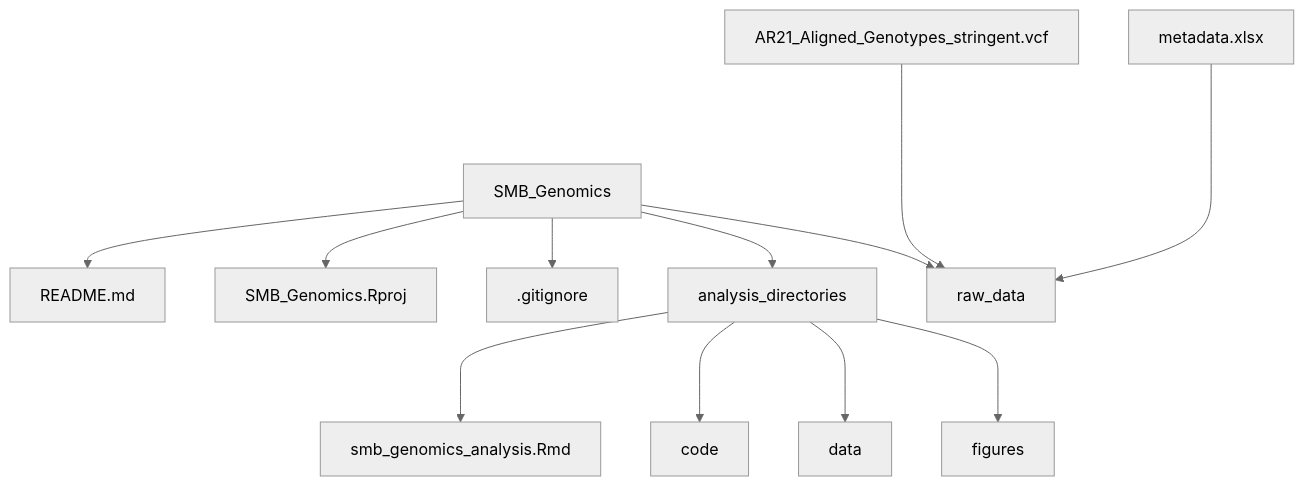
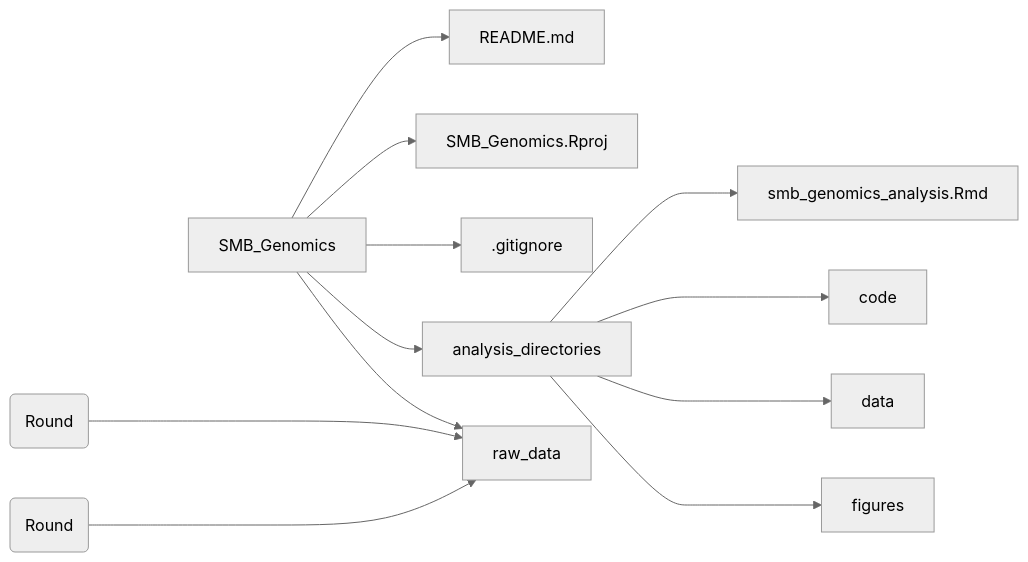
Before and after one commit to jcg5g9/SMB_Genomics: the third of 3 diagrams in README.md, drawn with Mermaid (neutral theme).

Commit message:
trying some shapes and reformatting in mermaid

````diff
--- a/README.md
+++ b/README.md
@@ -88,14 +88,14 @@
 ```mermaid
-graph TD
+flowchart LR
   SMB_Genomics --> README.md
   SMB_Genomics --> SMB_Genomics.Rproj
   SMB_Genomics --> .gitignore
   SMB_Genomics --> analysis_directories
   analysis_directories ---> smb_genomics_analysis.Rmd
   analysis_directories ---> code
   analysis_directories ---> data
   analysis_directories ---> figures
   SMB_Genomics --> raw_data
-  AR21_Aligned_Genotypes_stringent.vcf ----> raw_data
-  metadata.xlsx ----> raw_data
+  AR21_Aligned_Genotypes_stringent.vcf(Round) ----> raw_data
+  metadata.xlsx(Round) ----> raw_data
 ```
````
